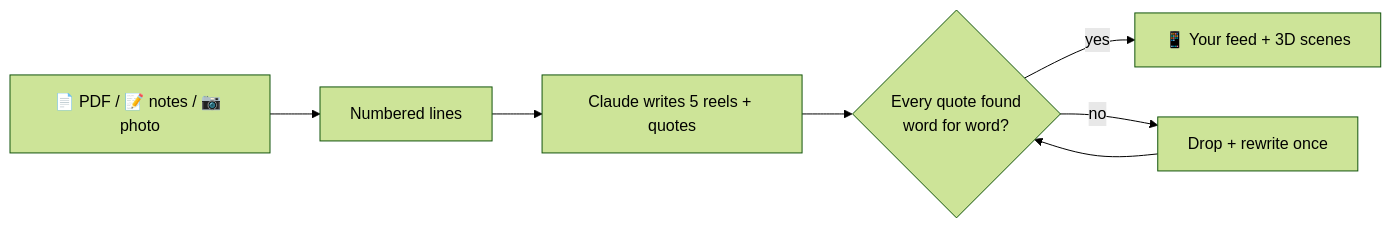
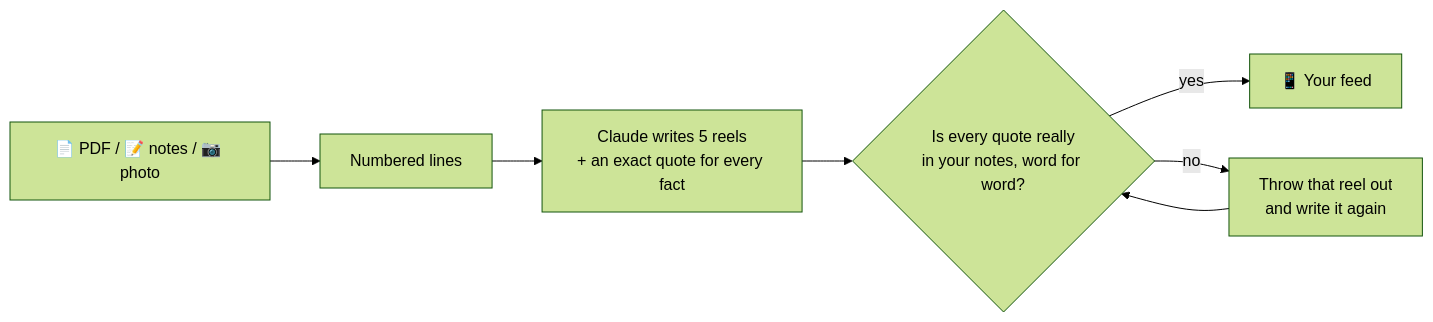
One commit to arushiSH5-cyber/scrollege changed the diagram in README.md. Above: the diagram before and after it, drawn with Mermaid (forest theme). The commit also changed other lines of this file and 4 other files, not shown here.

````diff
--- a/README.md
+++ b/README.md
@@ -141,8 +188,8 @@
 ```mermaid
 flowchart LR
   A[📄 PDF / 📝 notes / 📷 photo] --> B[Numbered lines]
-  B --> C[Claude writes 5 reels + quotes]
-  C --> D{Every quote found<br/>word for word?}
-  D -- yes --> E[📱 Your feed + 3D scenes]
-  D -- no --> F[Drop + rewrite once] --> D
+  B --> C[Claude writes 5 reels<br/>+ an exact quote for every fact]
+  C --> D{Is every quote really<br/>in your notes, word for word?}
+  D -- yes --> E[📱 Your feed]
+  D -- no --> F[Throw that reel out<br/>and write it again] --> D
 ```
````
